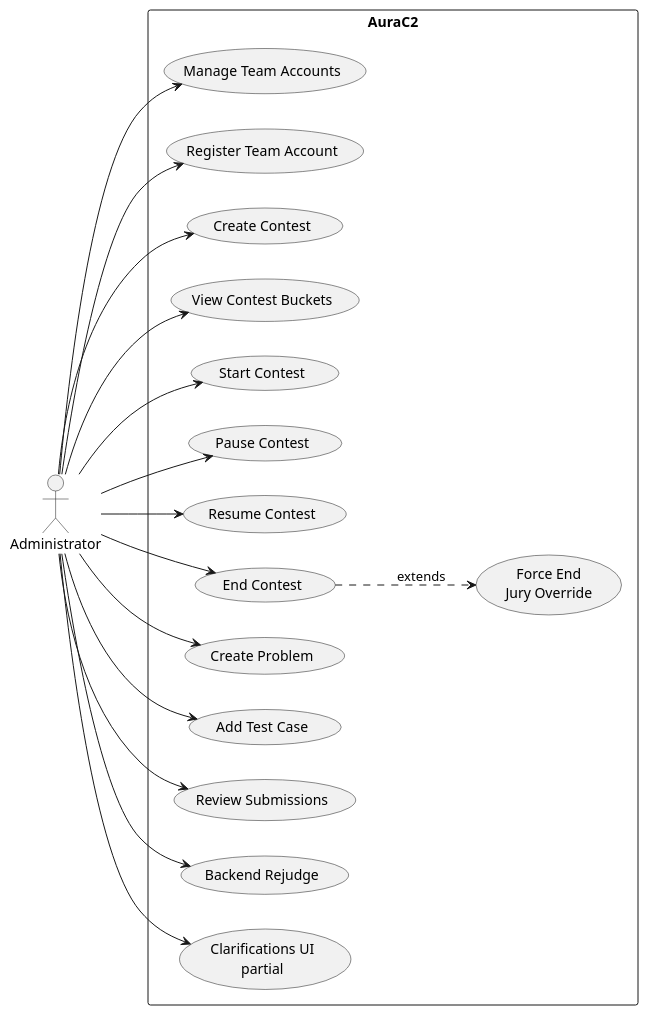
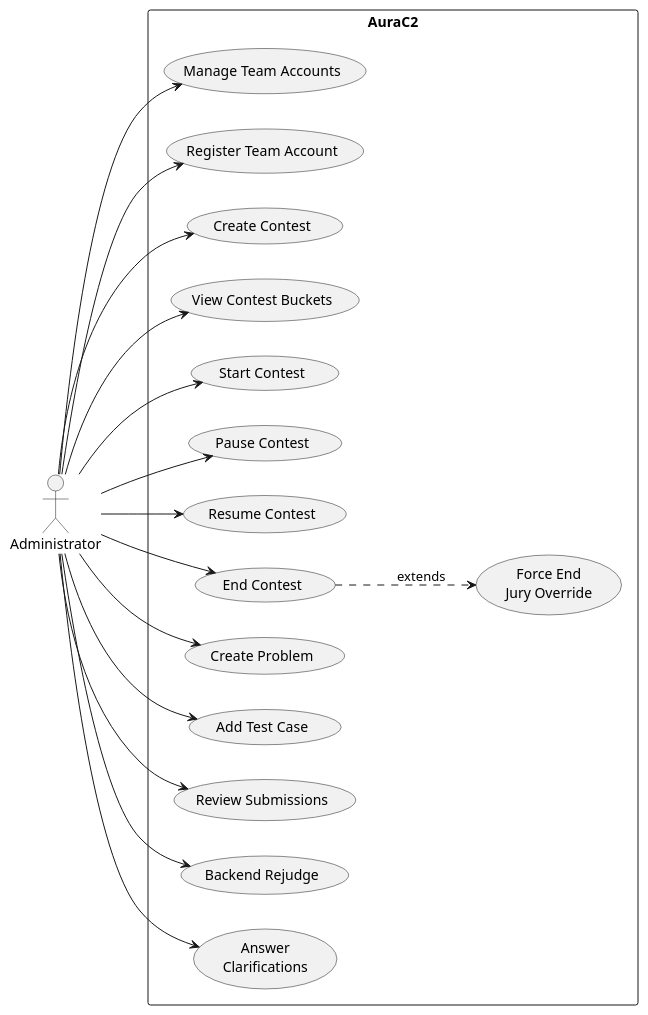
One commit to AuraC-graduate-project/AuraC2 changed the fourth of 17 diagrams in docs/report-rebuild/diagram-prompts.md. Above: the diagram before and after it, drawn with PlantUML. The commit also changed other lines of this file and 3 other files, not shown here.

````diff
--- a/docs/report-rebuild/diagram-prompts.md
+++ b/docs/report-rebuild/diagram-prompts.md
@@ -129,36 +129,36 @@
 ```plantuml
 @startuml
 left to right direction
 actor Administrator as Admin
 rectangle "AuraC2" {
   usecase "Manage Team Accounts" as UC1
   usecase "Register Team Account" as UC2
   usecase "Create Contest" as UC3
   usecase "View Contest Buckets" as UC4
   usecase "Start Contest" as UC5
   usecase "Pause Contest" as UC6
   usecase "Resume Contest" as UC7
   usecase "End Contest" as UC8
   usecase "Force End\nJury Override" as UC9
   usecase "Create Problem" as UC10
   usecase "Add Test Case" as UC11
   usecase "Review Submissions" as UC12
   usecase "Backend Rejudge" as UC13
-  usecase "Clarifications UI\npartial" as UC14
+  usecase "Answer\nClarifications" as UC14
 }
 Admin --> UC1
 Admin --> UC2
 Admin --> UC3
 Admin --> UC4
 Admin --> UC5
 Admin --> UC6
 Admin --> UC7
 Admin --> UC8
 UC8 ..> UC9 : extends
 Admin --> UC10
 Admin --> UC11
 Admin --> UC12
 Admin --> UC13
 Admin --> UC14
 @enduml
 ```
````
